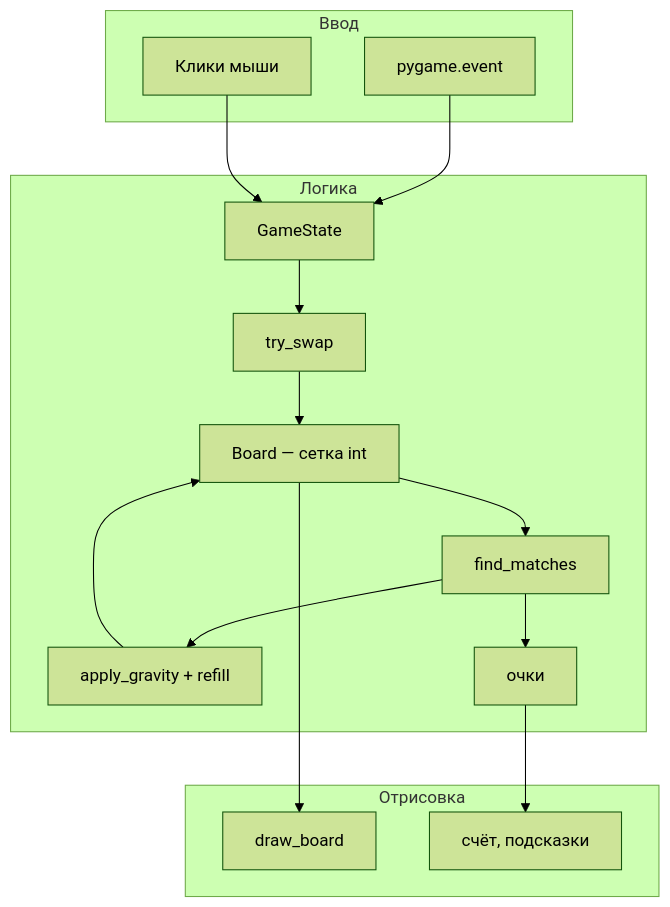
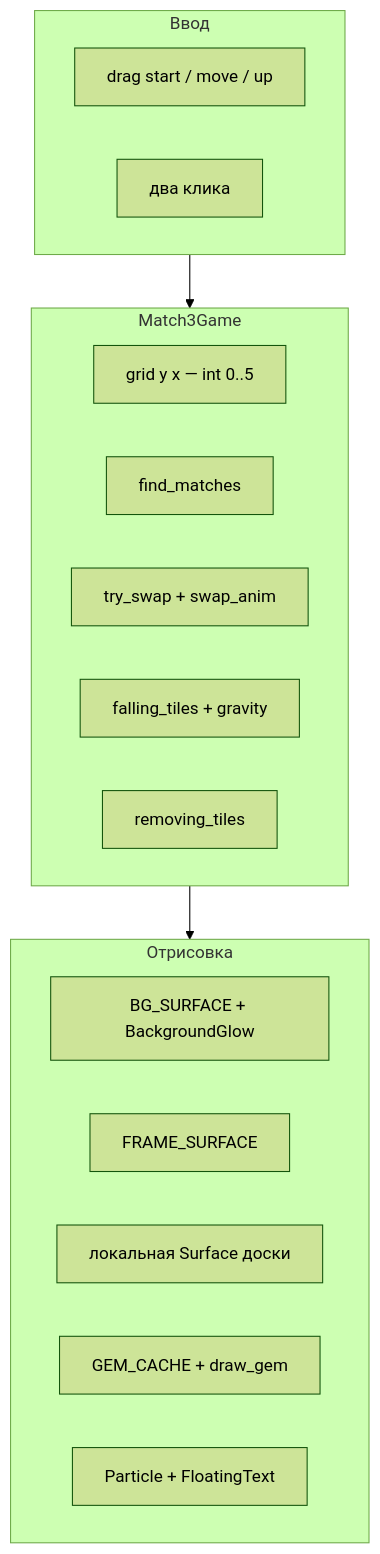
Before and after one commit to Spirzen/it-knowledge-base: the first of 3 diagrams in docs/encyclopedia/9-spinoff/9-04-razrabotka-igr/praktikum-razrabotki-igr/2.md, drawn with Mermaid (forest theme). The commit also changed other lines of this file and 172 other files, not shown here.

````diff
--- a/docs/encyclopedia/9-spinoff/9-04-razrabotka-igr/praktikum-razrabotki-igr/2.md
+++ b/docs/encyclopedia/9-spinoff/9-04-razrabotka-igr/praktikum-razrabotki-igr/2.md
@@ -144,29 +167,23 @@
 ```mermaid
 flowchart TB
+  subgraph render [Отрисовка]
+    BG[BG_SURFACE + BackgroundGlow]
+    Frame[FRAME_SURFACE]
+    Board[локальная Surface доски]
+    Gems[GEM_CACHE + draw_gem]
+    FX[Particle + FloatingText]
+  end
+  subgraph logic [Match3Game]
+    Grid[grid y x — int 0..5]
+    Match[find_matches]
+    Swap[try_swap + swap_anim]
+    Fall[falling_tiles + gravity]
+    Remove[removing_tiles]
+  end
   subgraph input [Ввод]
-    Mouse[Клики мыши]
-    Events[pygame.event]
+    Drag[drag start / move / up]
+    Click[два клика]
   end
-  subgraph logic [Логика]
-    Board[Board — сетка int]
-    Match[find_matches]
-    Swap[try_swap]
-    Gravity[apply_gravity + refill]
-    Score[очки]
-    FSM[GameState]
-  end
-  subgraph render [Отрисовка]
-    Draw[draw_board]
-    UI[счёт, подсказки]
-  end
-  Events --> FSM
-  Mouse --> FSM
-  FSM --> Swap
-  Swap --> Board
-  Board --> Match
-  Match --> Gravity
-  Gravity --> Board
-  Match --> Score
-  Board --> Draw
-  Score --> UI
+  input --> logic
+  logic --> render
 ```
````
